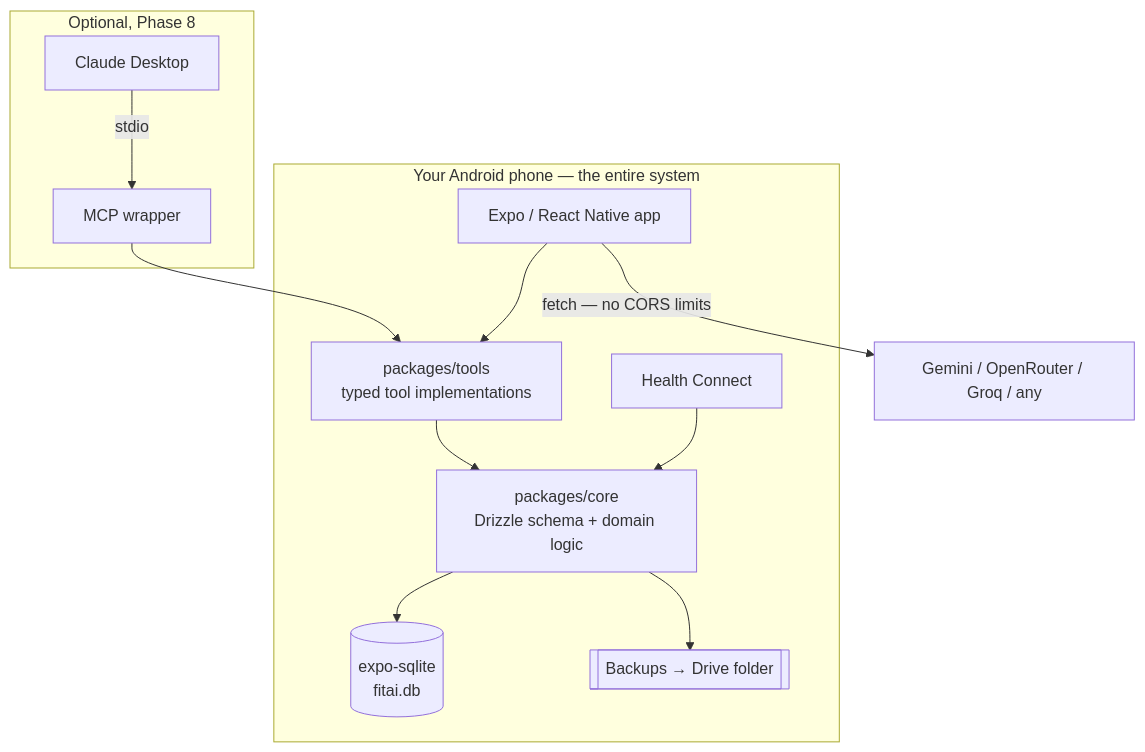
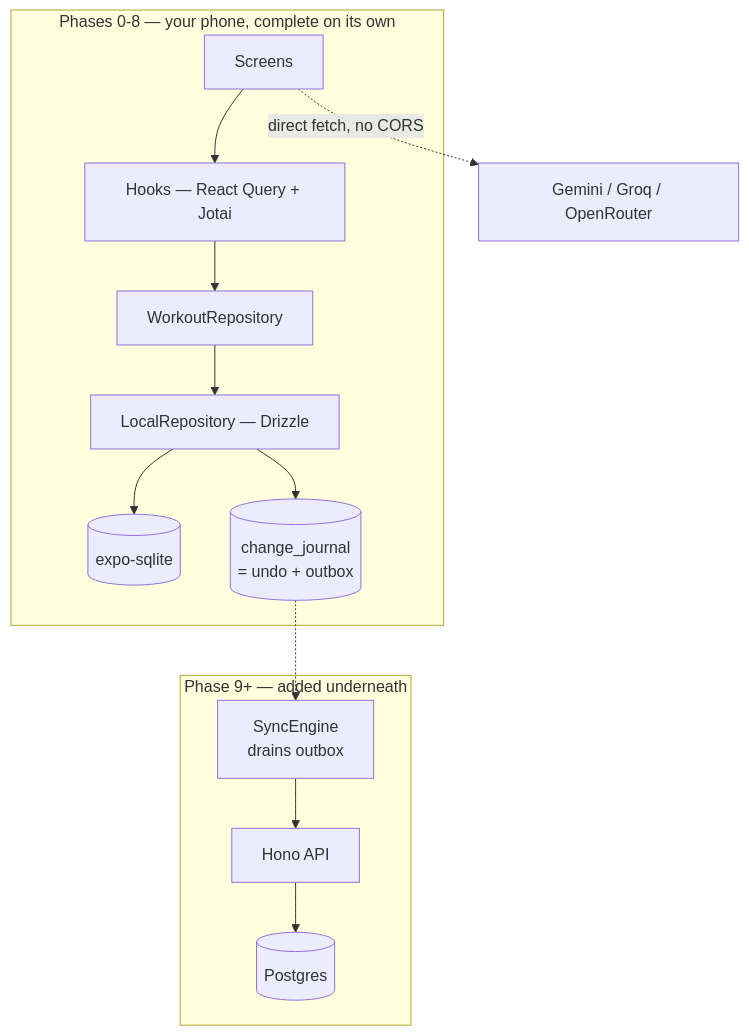
Before and after one commit to Sujeethy/fitai: the diagram in PLAN.md, drawn with Mermaid. The commit also changed other lines of this file and 2 other files, not shown here.

First line of the commit message:
Add architecture doc, LLM instructions, and API-ready design

````diff
--- a/PLAN.md
+++ b/PLAN.md
@@ -72,19 +41,16 @@
 ```mermaid
 flowchart TB
-    subgraph Phone["Your Android phone — the entire system"]
-        UI["Expo / React Native app"]
-        TOOLS["packages/tools<br/>typed tool implementations"]
-        CORE["packages/core<br/>Drizzle schema + domain logic"]
-        DB[("expo-sqlite<br/>fitai.db")]
-        HC["Health Connect"]
-        BAK[["Backups → Drive folder"]]
-        UI --> TOOLS --> CORE --> DB
-        CORE --> BAK
-        HC --> CORE
+    subgraph Now["Phases 0-8 — your phone, complete on its own"]
+        UI["Screens"] --> HOOKS["Hooks — React Query + Jotai"]
+        HOOKS --> REPO["WorkoutRepository"]
+        REPO --> LOCAL["LocalRepository — Drizzle"]
+        LOCAL --> DB[("expo-sqlite")]
+        LOCAL --> J[("change_journal<br/>= undo + outbox")]
     end
-    UI -->|"fetch — no CORS limits"| PROV["Gemini / OpenRouter / Groq / any"]
-    subgraph Laptop["Optional, Phase 8"]
-        MCP["MCP wrapper"] --> TOOLS
-        CD["Claude Desktop"] -->|stdio| MCP
+    UI -.->|"direct fetch, no CORS"| LLM["Gemini / Groq / OpenRouter"]
+    subgraph Later["Phase 9+ — added underneath"]
+        SYNC["SyncEngine<br/>drains outbox"] --> API["Hono API"]
+        API --> PG[("Postgres")]
     end
+    J -.-> SYNC
 ```
````
